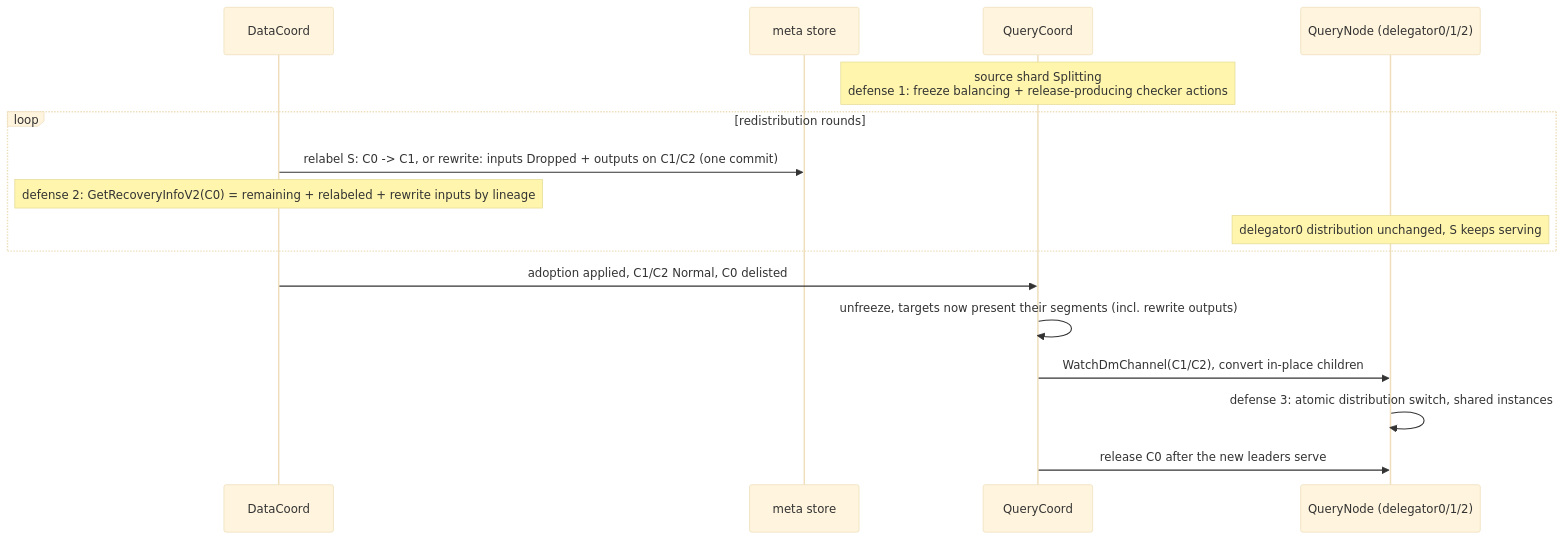
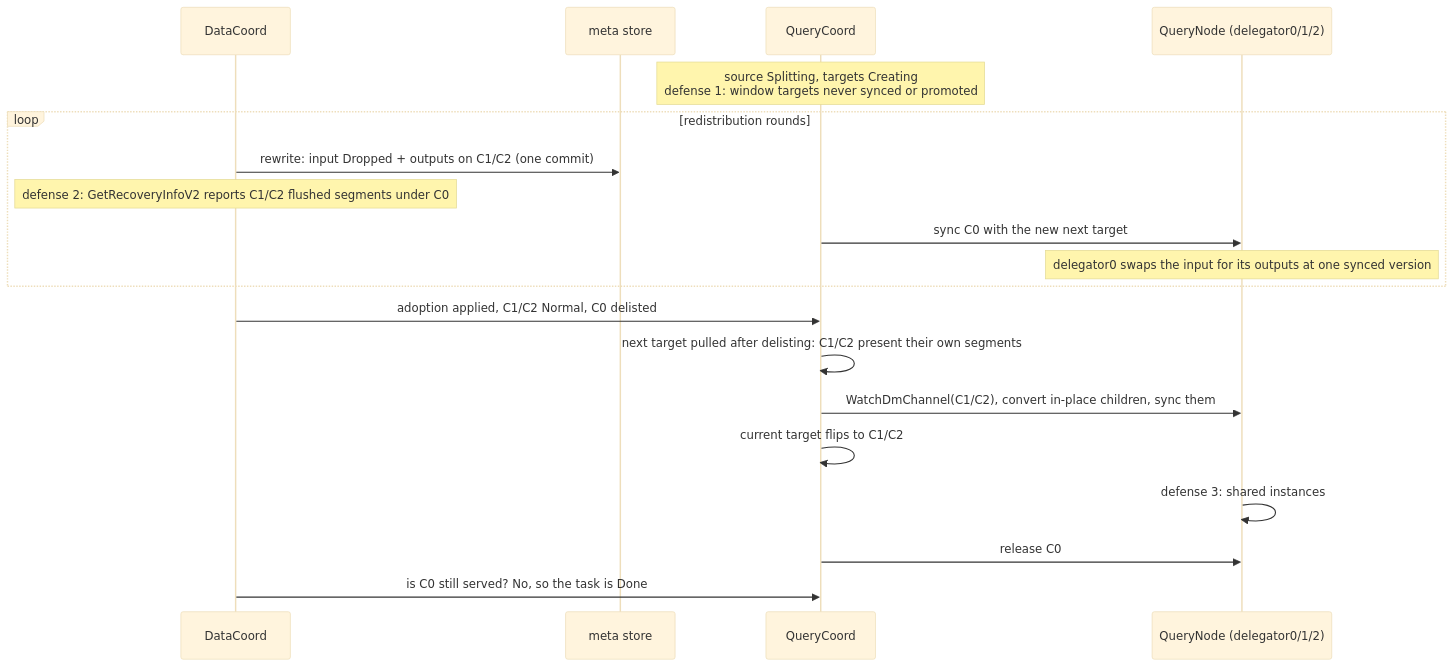
The fourth of 4 diagrams in docs/design-docs/design_docs/20260610-shard_split.md (milvus-io/milvus), drawn with Mermaid (base theme) before and after one commit. The commit also changed other lines of this file and 1 other file, not shown here.

First line of the commit message:
doc: align the shard split design with the rewrite, read-path and Done decisions

````diff
--- a/docs/design-docs/design_docs/20260610-shard_split.md
+++ b/docs/design-docs/design_docs/20260610-shard_split.md
@@ -954,19 +1104,22 @@
 ```mermaid
 sequenceDiagram
     participant DC as DataCoord
     participant META as meta store
     participant QC as QueryCoord
     participant QN as QueryNode (delegator0/1/2)
 
-    Note over QC: source shard Splitting<br/>defense 1: freeze balancing + release-producing checker actions
+    Note over QC: source Splitting, targets Creating<br/>defense 1: window targets never synced or promoted
     loop redistribution rounds
-        DC->>META: relabel S: C0 -> C1, or rewrite: inputs Dropped + outputs on C1/C2 (one commit)
-        Note over DC: defense 2: GetRecoveryInfoV2(C0) = remaining + relabeled + rewrite inputs by lineage
-        Note over QN: delegator0 distribution unchanged, S keeps serving
+        DC->>META: rewrite: input Dropped + outputs on C1/C2 (one commit)
+        Note over DC: defense 2: GetRecoveryInfoV2 reports C1/C2 flushed segments under C0
+        QC->>QN: sync C0 with the new next target
+        Note over QN: delegator0 swaps the input for its outputs at one synced version
     end
     DC->>QC: adoption applied, C1/C2 Normal, C0 delisted
-    QC->>QC: unfreeze, targets now present their segments (incl. rewrite outputs)
-    QC->>QN: WatchDmChannel(C1/C2), convert in-place children
-    QN->>QN: defense 3: atomic distribution switch, shared instances
-    QC->>QN: release C0 after the new leaders serve
+    QC->>QC: next target pulled after delisting: C1/C2 present their own segments
+    QC->>QN: WatchDmChannel(C1/C2), convert in-place children, sync them
+    QC->>QC: current target flips to C1/C2
+    QN->>QN: defense 3: shared instances
+    QC->>QN: release C0
+    DC->>QC: is C0 still served? No, so the task is Done
 ```
````
